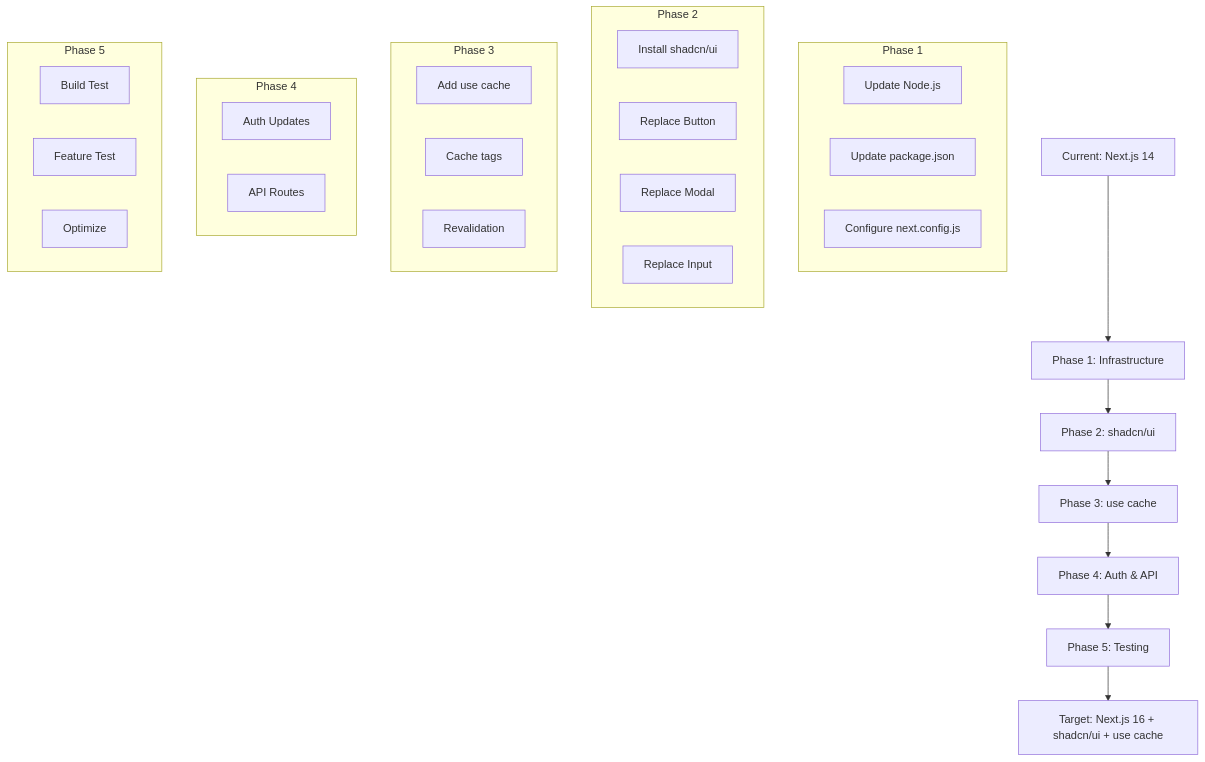
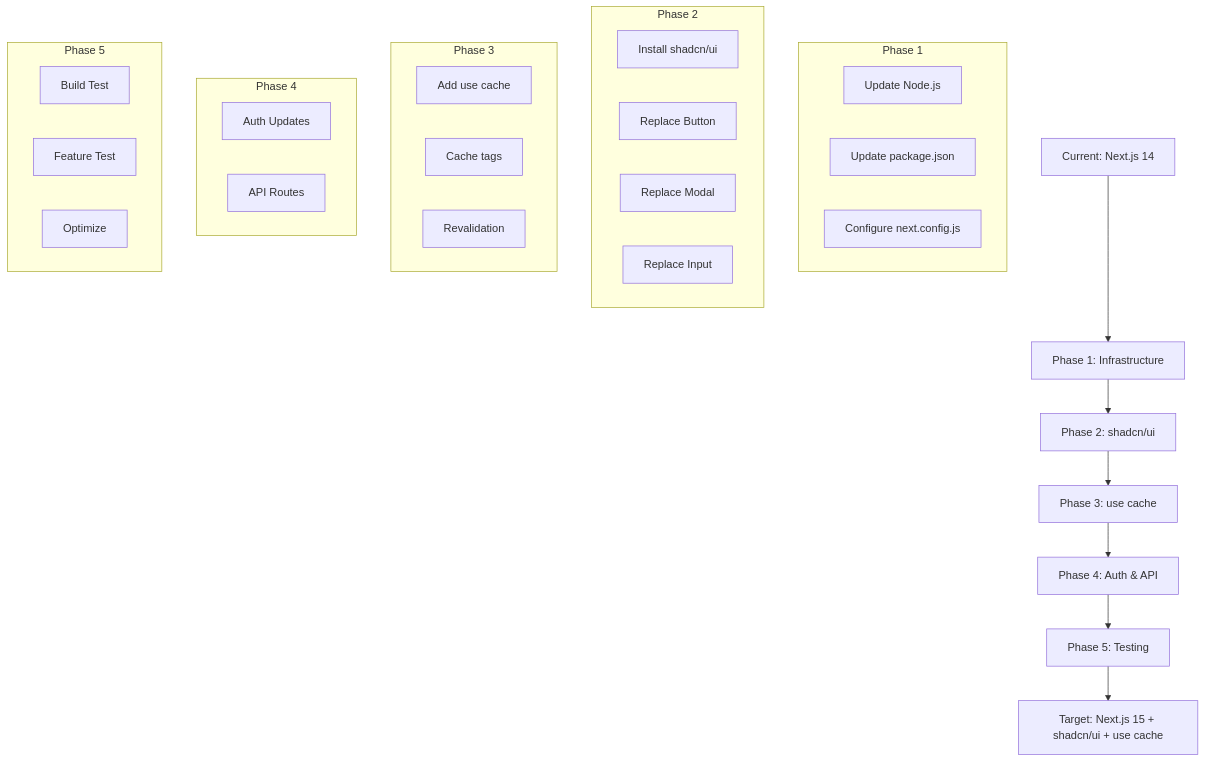
The diagram in plans/plan.md (ahmadmh404/messenger-clone), drawn with Mermaid before and after one commit. The commit also changed other lines of this file and 2 other files, not shown here.

````diff
--- a/plans/plan.md
+++ b/plans/plan.md
@@ -63,39 +64,39 @@
 ```mermaid
 graph TD
     A[Current: Next.js 14] --> B[Phase 1: Infrastructure]
     B --> C[Phase 2: shadcn/ui]
     C --> D[Phase 3: use cache]
     D --> E[Phase 4: Auth & API]
     E --> F[Phase 5: Testing]
-    F --> G[Target: Next.js 16 + shadcn/ui + use cache]
+    F --> G[Target: Next.js 15 + shadcn/ui + use cache]
 
     subgraph "Phase 1"
         B1[Update Node.js]
         B2[Update package.json]
         B3[Configure next.config.js]
     end
 
     subgraph "Phase 2"
         C1[Install shadcn/ui]
         C2[Replace Button]
         C3[Replace Modal]
         C4[Replace Input]
     end
 
     subgraph "Phase 3"
         D1[Add use cache]
         D2[Cache tags]
         D3[Revalidation]
     end
 
     subgraph "Phase 4"
         E1[Auth Updates]
         E2[API Routes]
     end
 
     subgraph "Phase 5"
         F1[Build Test]
         F2[Feature Test]
         F3[Optimize]
     end
 ```
````
